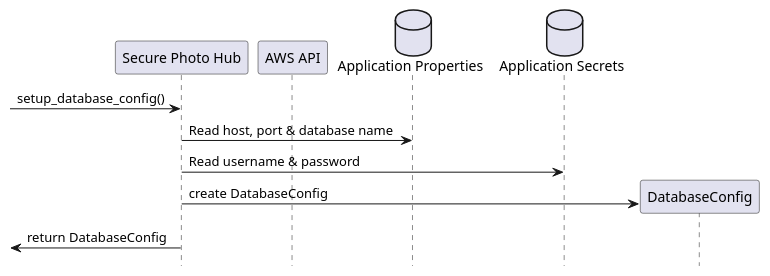
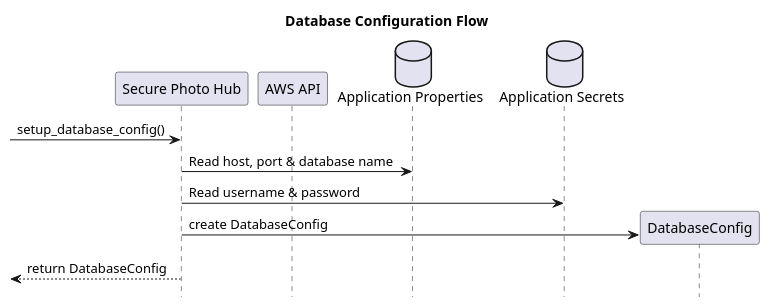
The diagram in plantuml/config/5-database-config.puml (vtramo/secure-photo-hub), drawn with PlantUML before and after one commit. The commit also changed 7 other files, not shown here.

Commit message:
docs: add bearer token authentication sequence diagram

```diff
--- a/plantuml/config/5-database-config.puml
+++ b/plantuml/config/5-database-config.puml
@@ -1,16 +1,17 @@
 @startuml
 hide footbox
+title Database Configuration Flow
 participant "Secure Photo Hub" as SecurePhotoHub
 participant "AWS API" as AWSAPI
 database "Application Properties" as AppProperties
 database "Application Secrets" as AppSecrets
 
 [-> SecurePhotoHub : setup_database_config()
 
 SecurePhotoHub -> AppProperties : Read host, port & database name
 SecurePhotoHub -> AppSecrets : Read username & password
 
 create DatabaseConfig
 SecurePhotoHub -> DatabaseConfig : create DatabaseConfig
-[<- SecurePhotoHub : return DatabaseConfig
+[<-- SecurePhotoHub : return DatabaseConfig
 @enduml
```
